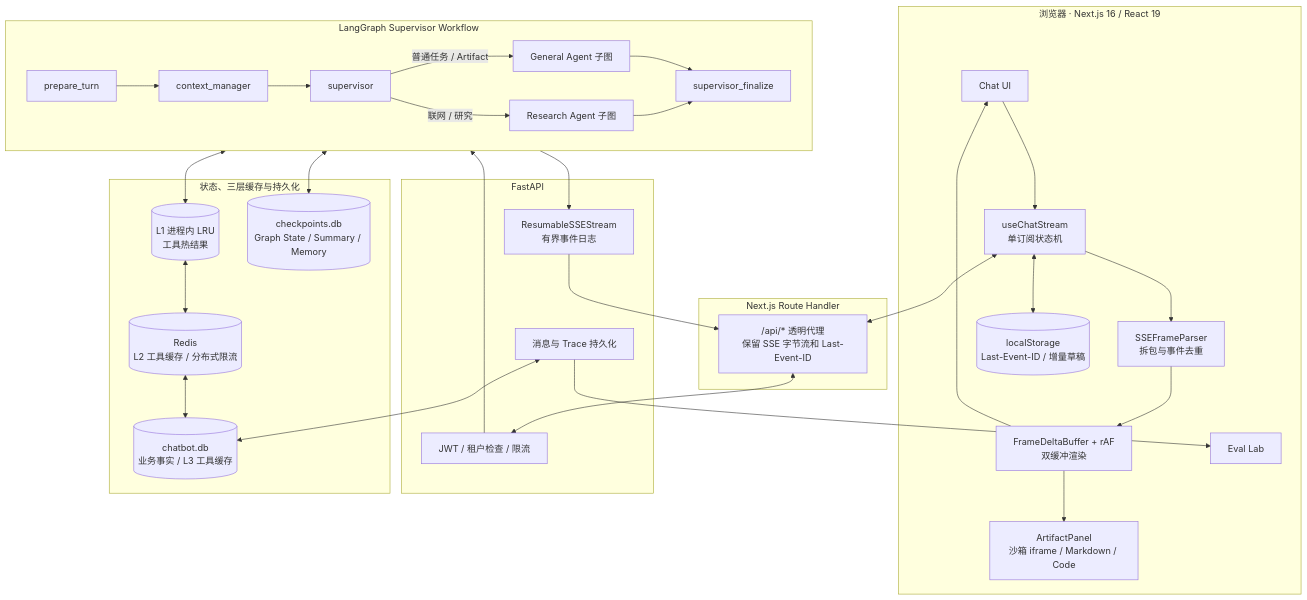
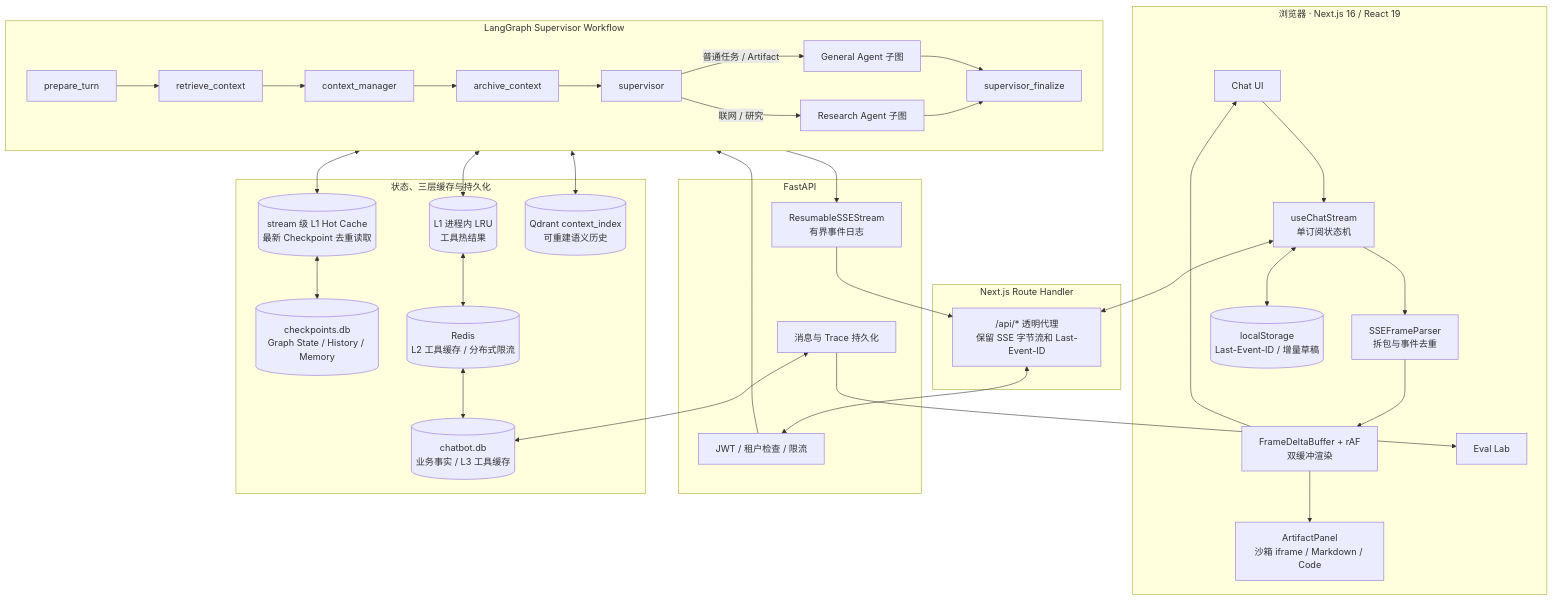
The first of 8 diagrams in README.md (LWXXXXTENTACION/Chatbot), drawn with Mermaid before and after one commit. The commit also changed other lines of this file and 40 other files, not shown here.

Commit message:
feat: add cached checkpoints and semantic context index

````diff
--- a/README.md
+++ b/README.md
@@ -63,48 +64,52 @@
 ```mermaid
 flowchart TB
     subgraph Browser["浏览器 · Next.js 16 / React 19"]
         UI["Chat UI"]
         Hook["useChatStream\n单订阅状态机"]
         Parser["SSEFrameParser\n拆包与事件去重"]
         Buffer["FrameDeltaBuffer + rAF\n双缓冲渲染"]
         Panel["ArtifactPanel\n沙箱 iframe / Markdown / Code"]
         Eval["Eval Lab"]
         Draft[("localStorage\nLast-Event-ID / 增量草稿")]
         UI --> Hook --> Parser --> Buffer --> UI
         Buffer --> Panel
         Hook <--> Draft
     end
 
     subgraph Next["Next.js Route Handler"]
         Proxy["/api/* 透明代理\n保留 SSE 字节流和 Last-Event-ID"]
     end
 
     subgraph API["FastAPI"]
         Auth["JWT / 租户检查 / 限流"]
         Journal["ResumableSSEStream\n有界事件日志"]
         Persist["消息与 Trace 持久化"]
     end
 
     subgraph Graph["LangGraph Supervisor Workflow"]
-        Prepare["prepare_turn"] --> Context["context_manager"] --> Supervisor["supervisor"]
+        Prepare["prepare_turn"] --> Retrieve["retrieve_context"] --> Context["context_manager"]
+        Context --> Archive["archive_context"] --> Supervisor["supervisor"]
         Supervisor -->|"普通任务 / Artifact"| General["General Agent 子图"]
         Supervisor -->|"联网 / 研究"| Research["Research Agent 子图"]
         General --> Final["supervisor_finalize"]
         Research --> Final
     end
 
     subgraph Storage["状态、三层缓存与持久化"]
         L1[("L1 进程内 LRU\n工具热结果")]
         DB[("chatbot.db\n业务事实 / L3 工具缓存")]
-        CP[("checkpoints.db\nGraph State / Summary / Memory")]
+        CPHot[("stream 级 L1 Hot Cache\n最新 Checkpoint 去重读取")]
+        CP[("checkpoints.db\nGraph State / History / Memory")]
+        Vector[("Qdrant context_index\n可重建语义历史")]
         Redis[("Redis\nL2 工具缓存 / 分布式限流")]
     end
 
     Hook <--> Proxy <--> Auth
     Auth --> Graph
     Graph --> Journal --> Proxy
     Persist <--> DB
-    Graph <--> CP
+    Graph <--> CPHot <--> CP
+    Graph <--> Vector
     Graph <--> L1 <--> Redis <--> DB
     Persist --> Eval
 ```
````
